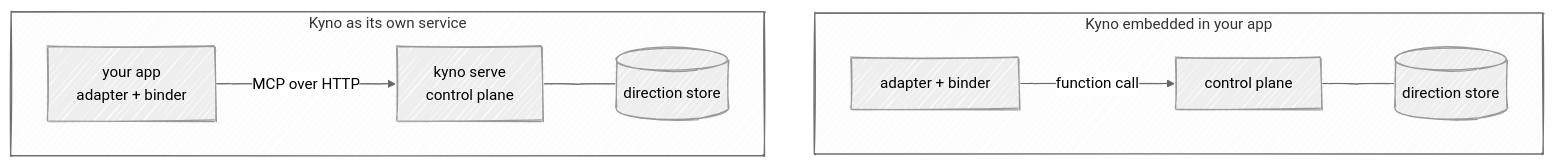
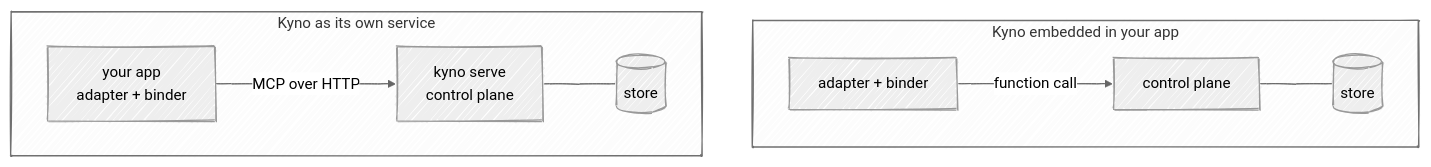
The second of 2 diagrams in docs/adapters.md (cizambra/kyno), drawn with Mermaid before and after one commit.

Commit message:
Nudge the deployment diagram toward three-quarter scale

````diff
--- a/docs/adapters.md
+++ b/docs/adapters.md
@@ -99,18 +99,18 @@
 ```mermaid
 ---
 config:
   look: handDrawn
   theme: neutral
 ---
 flowchart TB
   subgraph emb["Kyno embedded in your app"]
     direction LR
     B2["adapter + binder"] -- "function call" --> K2["control plane"]
-    K2 --- S2[("direction store")]
+    K2 --- S2[("store")]
   end
   subgraph svc["Kyno as its own service"]
     direction LR
     A1["your app<br/>adapter + binder"] -- "MCP over HTTP" --> K1["kyno serve<br/>control plane"]
-    K1 --- S1[("direction store")]
+    K1 --- S1[("store")]
   end
 ```
````
